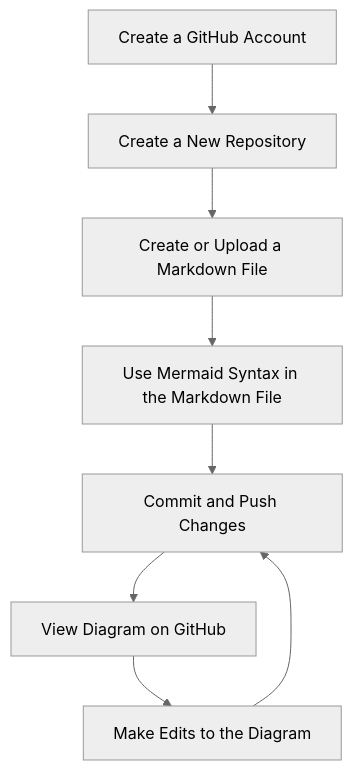
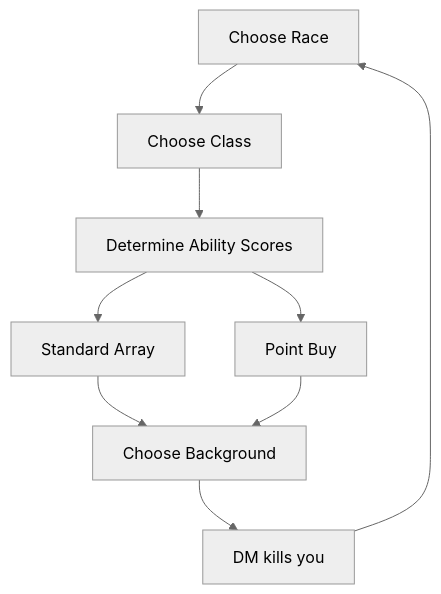
One commit to CHarmon7951/CHarmon7951.github.io changed the diagram in Diagram.md. Above: the diagram before and after it, drawn with Mermaid (neutral theme). The commit also changed other lines of this file, not shown here.

Commit message:
Update Diagram.md
changed labels and added diagram description

````diff
--- a/Diagram.md
+++ b/Diagram.md
@@ -1,10 +1,11 @@
 ```mermaid
 graph TD;
-    A[Create a GitHub Account] --> B[Create a New Repository];
-    B --> C[Create or Upload a Markdown File];
-    C --> D[Use Mermaid Syntax in the Markdown File];
-    D --> E[Commit and Push Changes];
-    E --> F[View Diagram on GitHub];
-    F --> G[Make Edits to the Diagram];
-    G --> E;
+    A[Choose Race] --> B[Choose Class];
+    B --> C[Determine Ability Scores];
+    C --> D[Standard Array];
+    C --> E[Point Buy];
+    D --> F[Choose Background];
+    E --> F;
+    F --> G[DM kills you];
+    G --> A;
 ```
````
